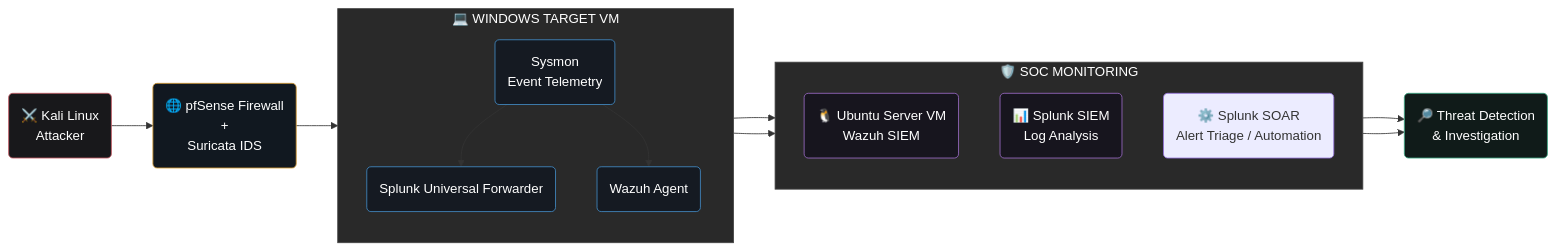
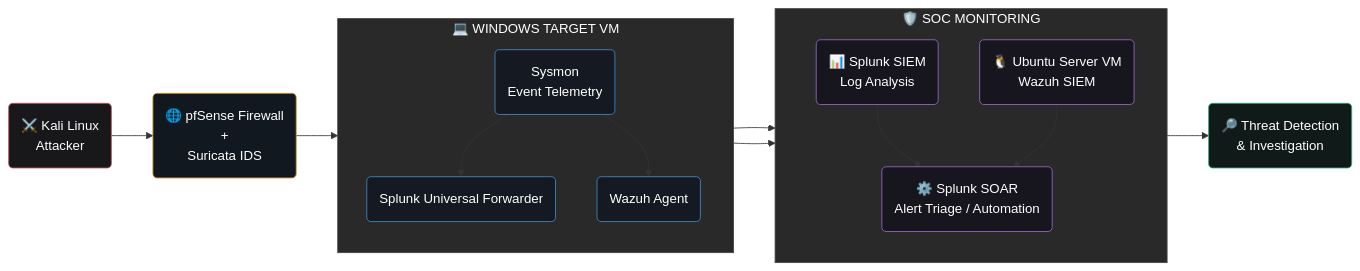
Before and after one commit to KAKishore/KAKishore: the diagram in README.md, drawn with Mermaid.

Commit message:
Update README.md
Updated the soar diagram code

````diff
--- a/README.md
+++ b/README.md
@@ -133,45 +133,46 @@
 ```mermaid
 flowchart LR
     K("⚔️ Kali Linux<br/>Attacker")
     P("🌐 pfSense Firewall<br/>+<br/>Suricata IDS")
 
     subgraph WIN["💻 WINDOWS TARGET VM"]
         direction TB
         S("Sysmon<br/>Event Telemetry")
         U("Splunk Universal Forwarder")
         WA("Wazuh Agent")
         S --> U
         S --> WA
     end
 
     subgraph SOC["🛡️ SOC MONITORING"]
         direction TB
         Z("🐧 Ubuntu Server VM<br/>Wazuh SIEM")
         SI("📊 Splunk SIEM<br/>Log Analysis")
         SOAR("⚙️ Splunk SOAR<br/>Alert Triage / Automation")
     end
 
     I("🔎 Threat Detection<br/>& Investigation")
 
     K --> P
     P --> S
     U --> SI
     WA --> Z
-    SI --> I
-    Z --> I
+    SI --> SOAR
+    Z --> SOAR
+    SOAR --> I
 
     classDef attacker fill:#18181B,stroke:#C65B65,color:#FFFFFF,stroke-width:1px
     classDef firewall fill:#111820,stroke:#D59A32,color:#FFFFFF,stroke-width:1px
     classDef endpoint fill:#151A22,stroke:#438BC6,color:#FFFFFF,stroke-width:1px
     classDef monitoring fill:#17151E,stroke:#9B6BC7,color:#FFFFFF,stroke-width:1px
     classDef investigation fill:#101B19,stroke:#3CA783,color:#FFFFFF,stroke-width:1px
 
     class K attacker
     class P firewall
     class S,U,WA endpoint
-    class SI,Z monitoring
+    class SI,Z,SOAR monitoring
     class I investigation
 
     style WIN fill:#292929,stroke:#444444,color:#FFFFFF
     style SOC fill:#292929,stroke:#444444,color:#FFFFFF
 ```
````
